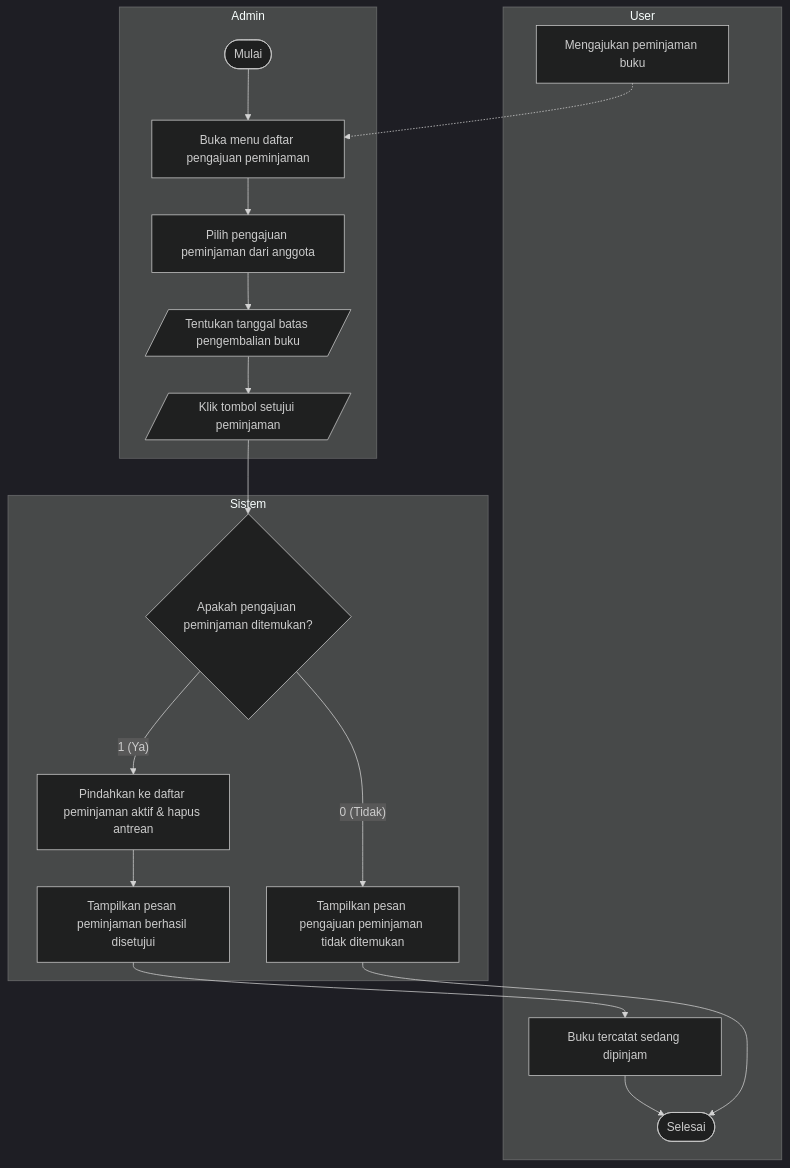
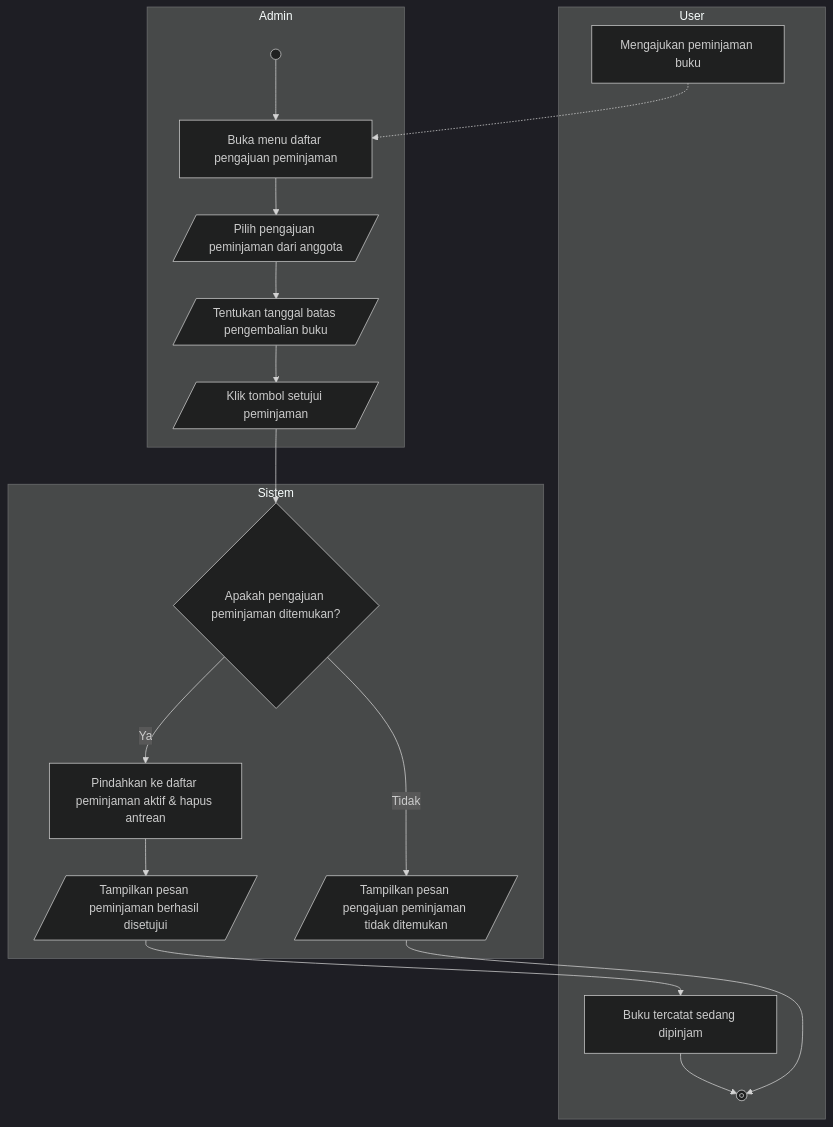
One commit to dimstyle/ruang-baca changed the diagram in docs/uml/src/diagrams/list-diagrams/activity-acceptpeminjaman.mmd. Above: the diagram before and after it, drawn with Mermaid (dark theme). The commit also changed 134 other files, not shown here.

Commit message:
docs(diagrams): add Chen ERD, use parallelograms for activity I/O, fix layouts, and simplify Ya/Tidak labels

```diff
--- a/docs/uml/src/diagrams/list-diagrams/activity-acceptpeminjaman.mmd
+++ b/docs/uml/src/diagrams/list-diagrams/activity-acceptpeminjaman.mmd
@@ -1,22 +1,22 @@
 flowchart TD
     subgraph User["User"]
         reqLoan["Mengajukan peminjaman buku"]
-        activeLoan["Buku tercatat sedang dipinjam"] --> finish(["Selesai"])
+        activeLoan["Buku tercatat sedang dipinjam"] --> finish@{ shape: fr-circ }
     end
 
     subgraph Admin["Admin"]
-        start(["Mulai"]) --> openReq["Buka menu daftar pengajuan peminjaman"]
+        start@{ shape: sm-circ } --> openReq["Buka menu daftar pengajuan peminjaman"]
         reqLoan -.-> openReq
-        openReq --> selectReq["Pilih pengajuan peminjaman dari anggota"]
+        openReq --> selectReq[/"Pilih pengajuan peminjaman dari anggota"/]
         selectReq --> inputLimit[/"Tentukan tanggal batas pengembalian buku"/]
         inputLimit --> clickApprove[/"Klik tombol setujui peminjaman"/]
     end
 
     subgraph Sistem["Sistem"]
         clickApprove --> checkFound{"Apakah pengajuan peminjaman ditemukan?"}
-        checkFound -->|"0 (Tidak)"| notFound["Tampilkan pesan pengajuan peminjaman tidak ditemukan"]
+        checkFound -->|"Tidak"| notFound[/"Tampilkan pesan pengajuan peminjaman tidak ditemukan"/]
         notFound --> finish
-        checkFound -->|"1 (Ya)"| moveActive["Pindahkan ke daftar peminjaman aktif & hapus antrean"]
-        moveActive --> msgOk["Tampilkan pesan peminjaman berhasil disetujui"]
+        checkFound -->|"Ya"| moveActive["Pindahkan ke daftar peminjaman aktif & hapus antrean"]
+        moveActive --> msgOk[/"Tampilkan pesan peminjaman berhasil disetujui"/]
         msgOk --> activeLoan
     end
```
